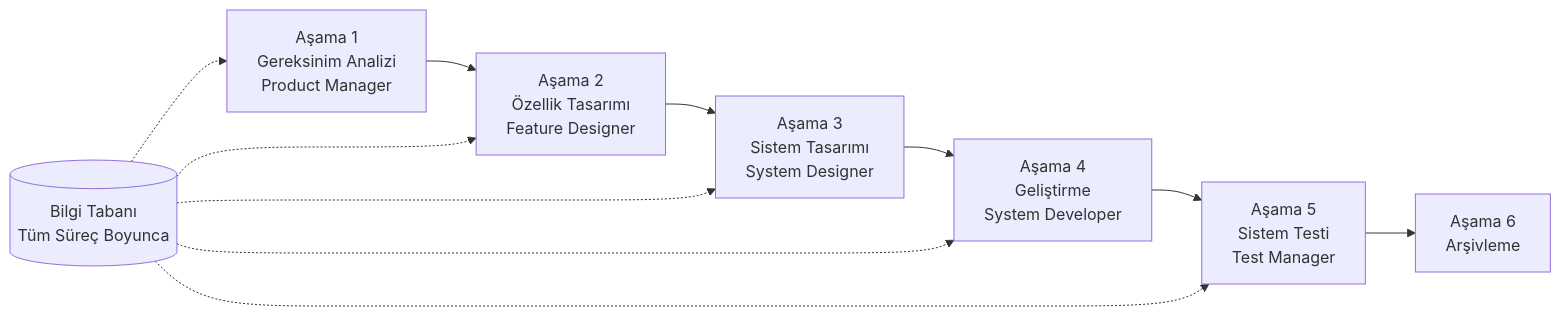
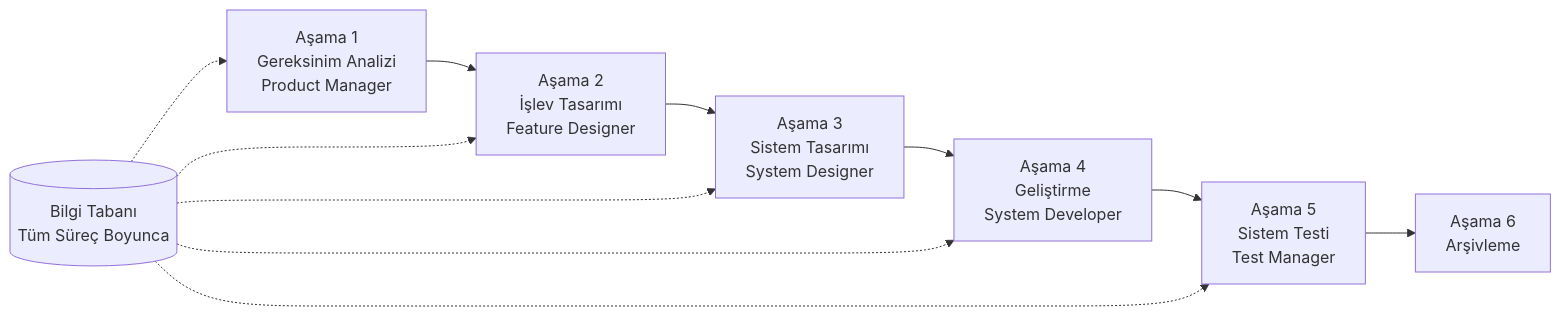
One commit to charlesmu99/speccrew changed the diagram in docs/GETTING-STARTED.tr.md. Above: the diagram before and after it, drawn with Mermaid. The commit also changed other lines of this file and 32 other files, not shown here.

````diff
--- a/docs/GETTING-STARTED.tr.md
+++ b/docs/GETTING-STARTED.tr.md
@@ -70,14 +144,14 @@
 ```mermaid
 flowchart LR
-    PRD[Aşama 1<br/>Gereksinim Analizi<br/>Product Manager] --> FD[Aşama 2<br/>Özellik Tasarımı<br/>Feature Designer]
+    PRD[Aşama 1<br/>Gereksinim Analizi<br/>Product Manager] --> FD[Aşama 2<br/>İşlev Tasarımı<br/>Feature Designer]
     FD --> SD[Aşama 3<br/>Sistem Tasarımı<br/>System Designer]
     SD --> DEV[Aşama 4<br/>Geliştirme<br/>System Developer]
     DEV --> TEST[Aşama 5<br/>Sistem Testi<br/>Test Manager]
     TEST --> ARCHIVE[Aşama 6<br/>Arşivleme]
     
     KB[(Bilgi Tabanı<br/>Tüm Süreç Boyunca)] -.-> PRD
     KB -.-> FD
     KB -.-> SD
     KB -.-> DEV
     KB -.-> TEST
 ```
````
